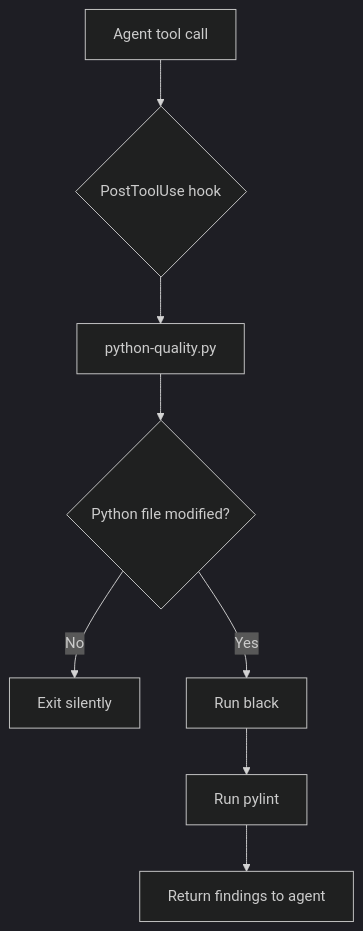
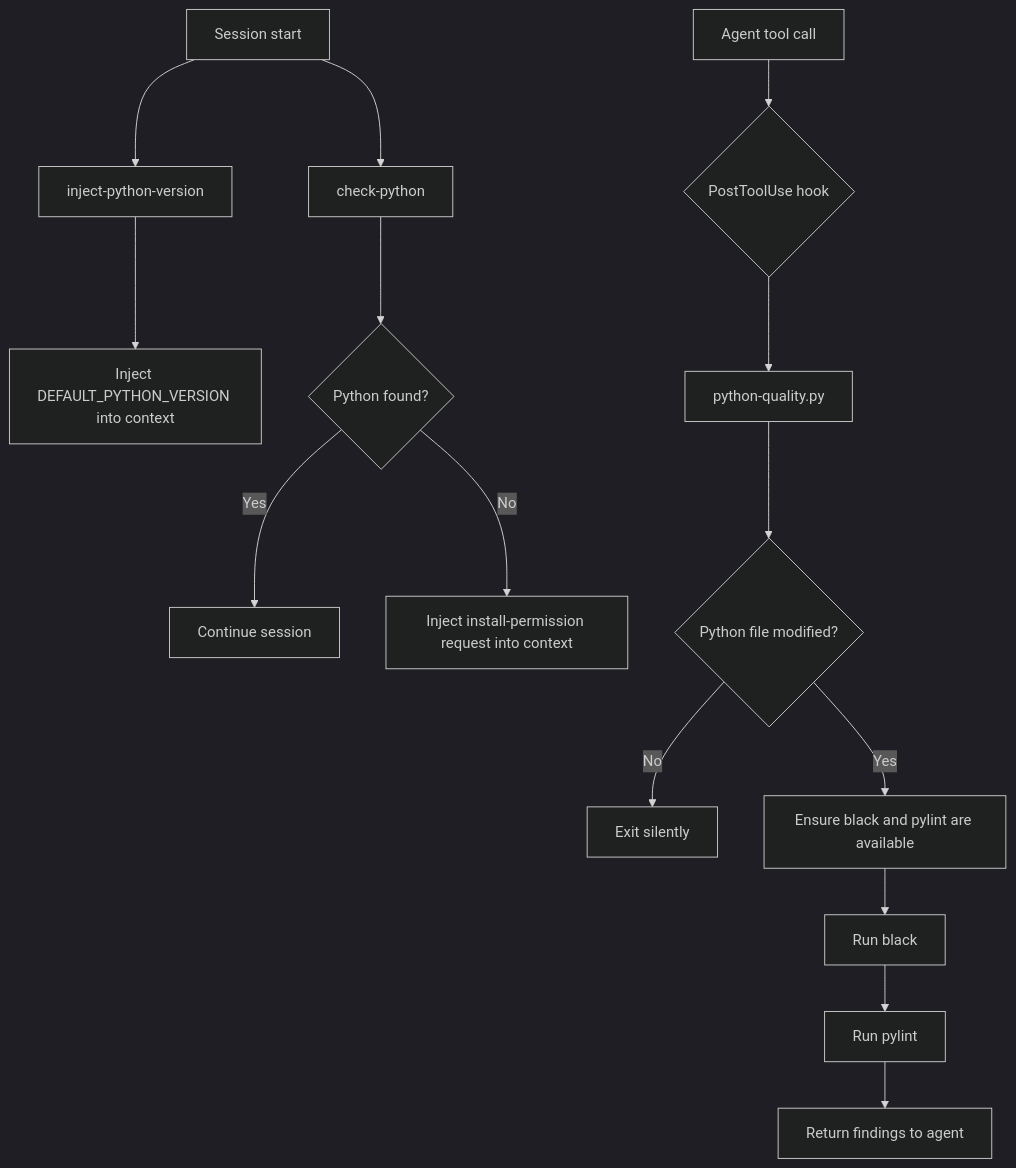
One commit to dimpletz/prompts-collection changed the diagram in plugins/python-developer/README.md. Above: the diagram before and after it, drawn with Mermaid (dark theme). The commit also changed other lines of this file and 25 other files, not shown here.

Commit message:
feat: update to version 1.12.0, enhance python-developer plugin with new installation skills and hooks, update current-date-injector and markdown-viewer plugins, and improve meeting-note-taker plugin functionality

````diff
--- a/plugins/python-developer/README.md
+++ b/plugins/python-developer/README.md
@@ -32,10 +44,17 @@
 ```mermaid
 graph TD
-    A[Agent tool call] --> B{PostToolUse hook}
-    B --> C[python-quality.py]
-    C --> D{Python file modified?}
-    D -- No --> E[Exit silently]
-    D -- Yes --> F[Run black]
-    F --> G[Run pylint]
-    G --> H[Return findings to agent]
+    A[Session start] --> B[inject-python-version]
+    B --> C[Inject DEFAULT_PYTHON_VERSION into context]
+    A --> D[check-python]
+    D --> E{Python found?}
+    E -- Yes --> F[Continue session]
+    E -- No --> G[Inject install-permission request into context]
+    H[Agent tool call] --> I{PostToolUse hook}
+    I --> J[python-quality.py]
+    J --> K{Python file modified?}
+    K -- No --> L[Exit silently]
+    K -- Yes --> M[Ensure black and pylint are available]
+    M --> N[Run black]
+    N --> O[Run pylint]
+    O --> P[Return findings to agent]
 ```
````
